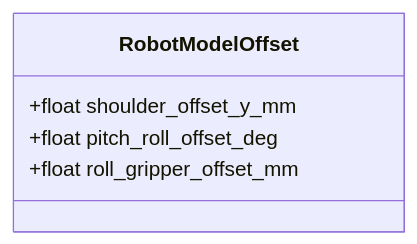
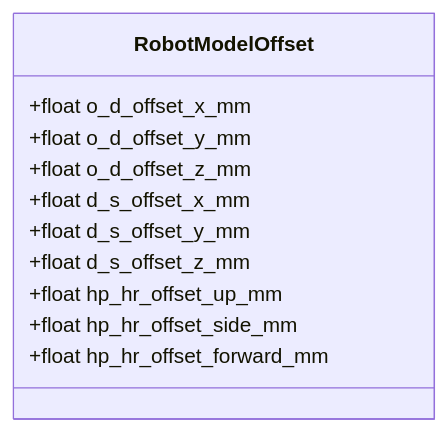
Before and after one commit to butz1999/inverse_kinematik: the ninth of 13 diagrams in doc/sw/software.md, drawn with Mermaid. The commit also changed other lines of this file and 11 other files, not shown here.

````diff
--- a/doc/sw/software.md
+++ b/doc/sw/software.md
@@ -536,8 +542,14 @@
 ```mermaid
 classDiagram
     class RobotModelOffset {
-        +float shoulder_offset_y_mm
-        +float pitch_roll_offset_deg
-        +float roll_gripper_offset_mm
+        +float o_d_offset_x_mm
+        +float o_d_offset_y_mm
+        +float o_d_offset_z_mm
+        +float d_s_offset_x_mm
+        +float d_s_offset_y_mm
+        +float d_s_offset_z_mm
+        +float hp_hr_offset_up_mm
+        +float hp_hr_offset_side_mm
+        +float hp_hr_offset_forward_mm
     }
 ```
````
